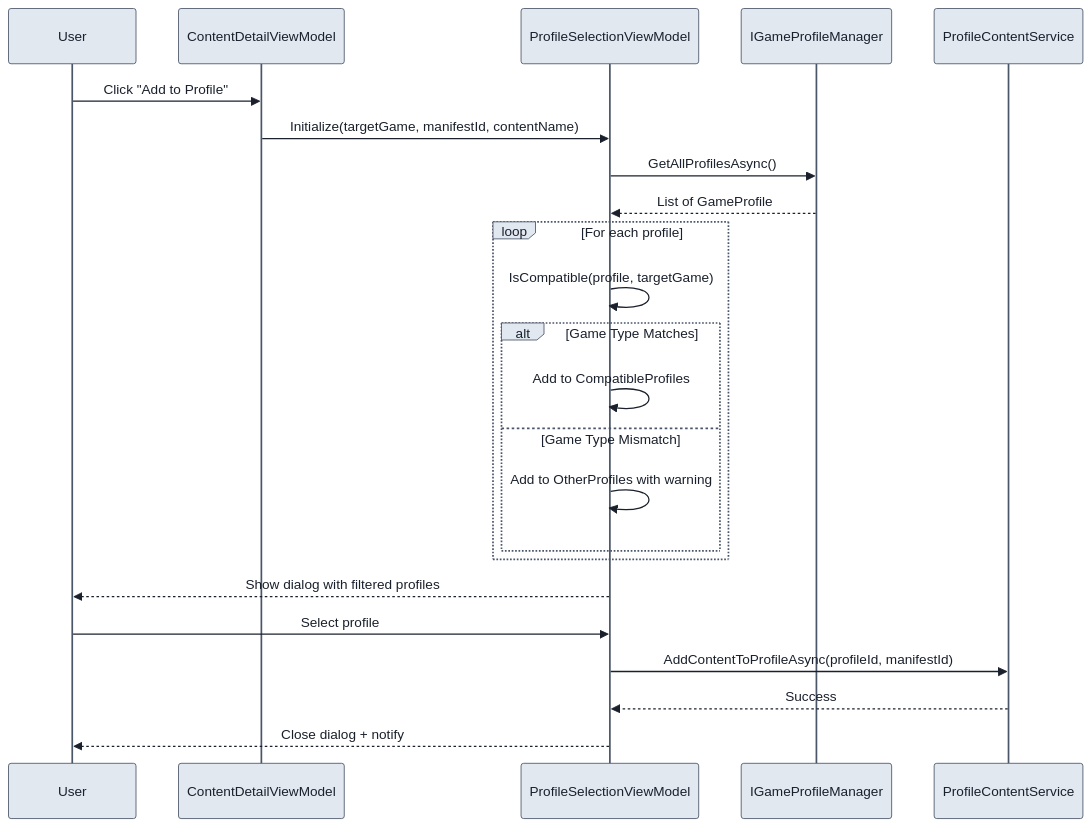
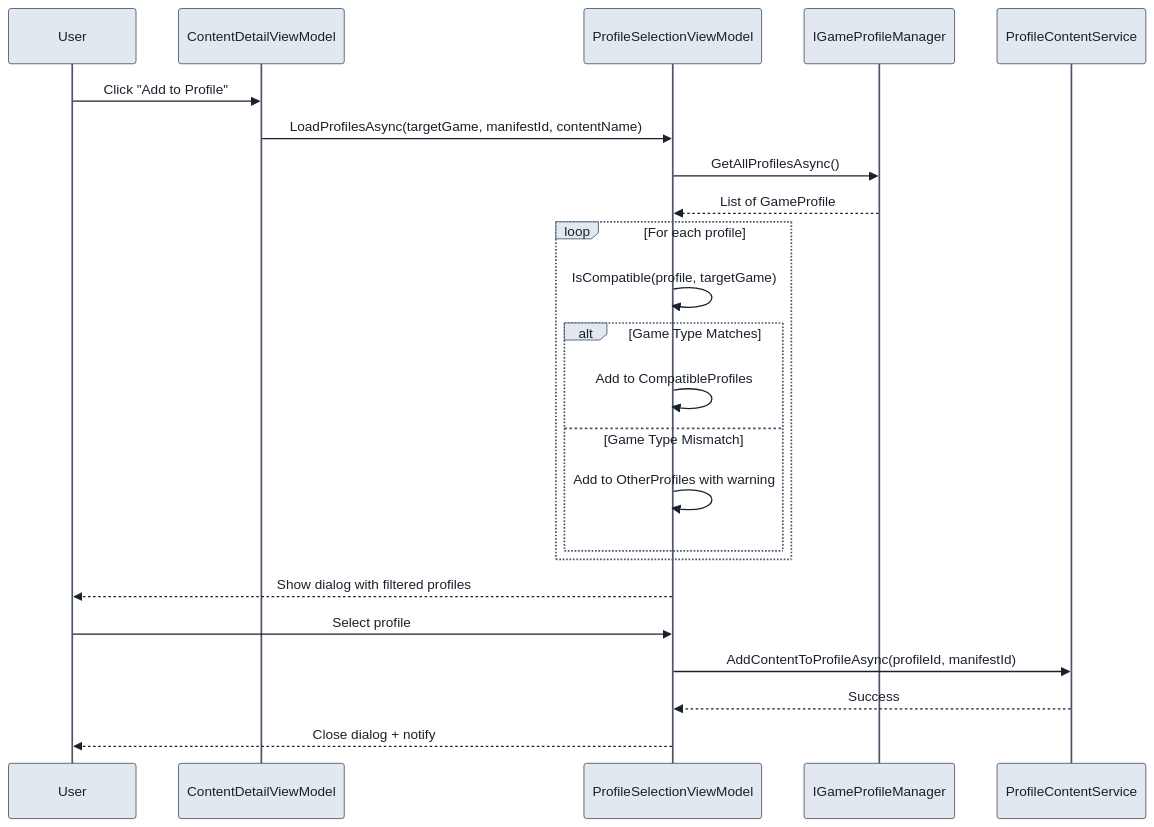
Before and after one commit to undead2146/GenHub: the seventh of 9 diagrams in docs/FlowCharts/Downloads-Flow.md, drawn with Mermaid. The commit also changed other lines of this file and 16 other files, not shown here.

````diff
--- a/docs/FlowCharts/Downloads-Flow.md
+++ b/docs/FlowCharts/Downloads-Flow.md
@@ -363,39 +363,39 @@
 ```mermaid
 %%{init: {
   'theme': 'base',
   'themeVariables': {
     'primaryColor': '#e2e8f0',
     'primaryTextColor': '#1a202c',
     'primaryBorderColor': '#4a5568',
     'lineColor': '#2d3748',
     'background': '#ffffff'
   }
 }}%%
 
 sequenceDiagram
     participant User
     participant CDVM as ContentDetailViewModel
     participant PSVM as ProfileSelectionViewModel
     participant PM as IGameProfileManager
     participant PCS as ProfileContentService
 
     User->>CDVM: Click "Add to Profile"
-    CDVM->>PSVM: Initialize(targetGame, manifestId, contentName)
+    CDVM->>PSVM: LoadProfilesAsync(targetGame, manifestId, contentName)
     PSVM->>PM: GetAllProfilesAsync()
     PM-->>PSVM: List of GameProfile
 
     loop For each profile
         PSVM->>PSVM: IsCompatible(profile, targetGame)
         alt Game Type Matches
             PSVM->>PSVM: Add to CompatibleProfiles
         else Game Type Mismatch
             PSVM->>PSVM: Add to OtherProfiles with warning
         end
     end
 
     PSVM-->>User: Show dialog with filtered profiles
     User->>PSVM: Select profile
     PSVM->>PCS: AddContentToProfileAsync(profileId, manifestId)
     PCS-->>PSVM: Success
     PSVM-->>User: Close dialog + notify
 ```
````
